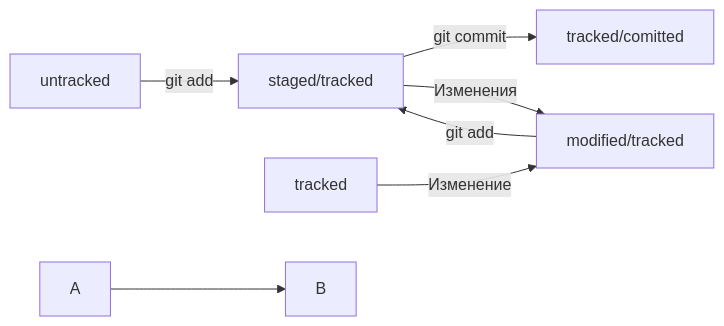
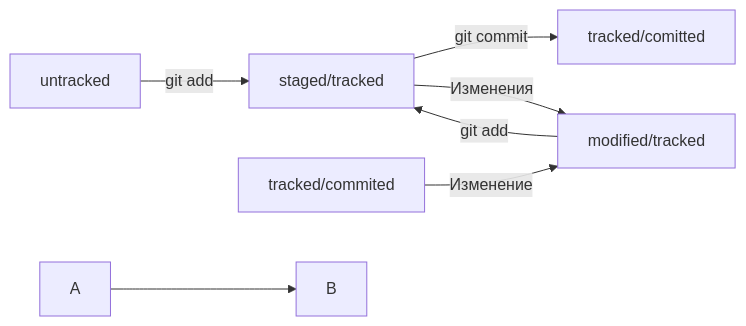
One commit to antonivashevich/yandex changed the second of 2 diagrams in README.md. Above: the diagram before and after it, drawn with Mermaid.

Commit message:
Добавление точки tracked/modified

````diff
--- a/README.md
+++ b/README.md
@@ -61,10 +61,10 @@
 ```mermaid
 graph LR;
   untracked -- "git add" --> staged/tracked;
   staged/tracked -- "git commit" --> tracked/comitted;
   staged/tracked -- "Изменения" --> modified/tracked;
-  tracked -- "Изменение" --> modified/tracked;
+  tracked/commited -- "Изменение" --> modified/tracked;
   modified/tracked -- "git add" --> staged/tracked;
 %% стрелка без текста для примера: 
   A --> B;
 ``` 
````
